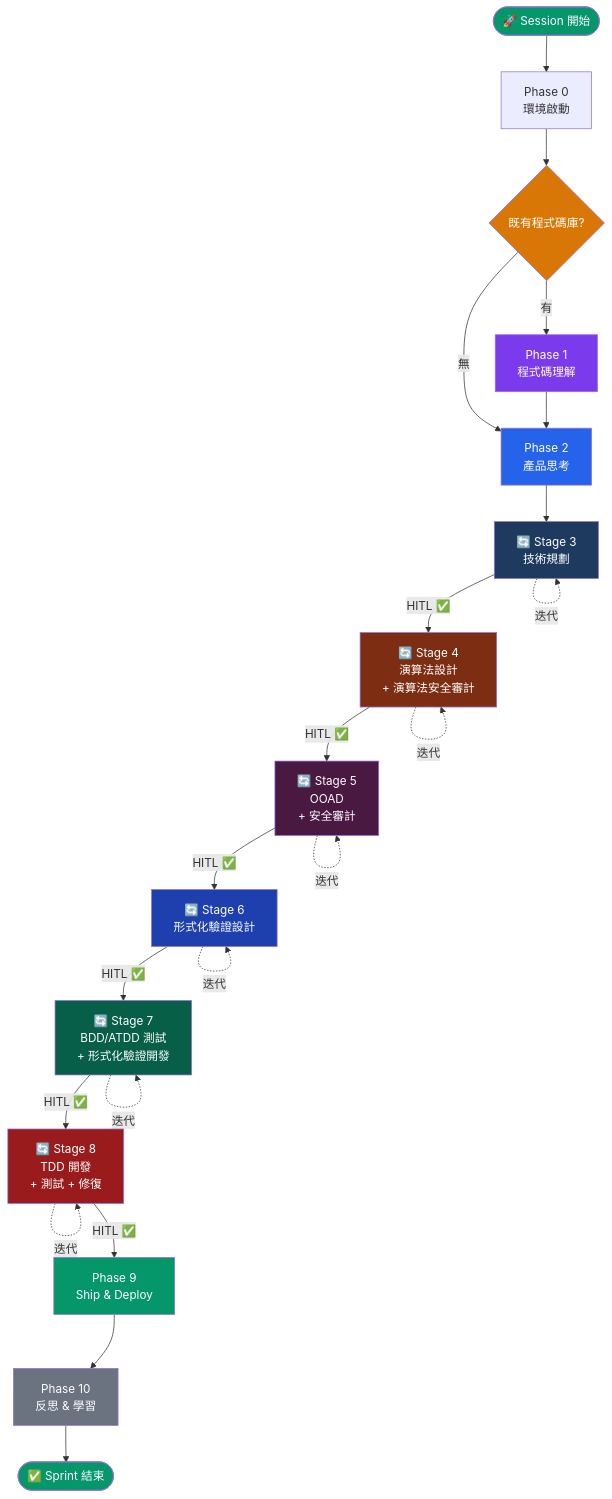
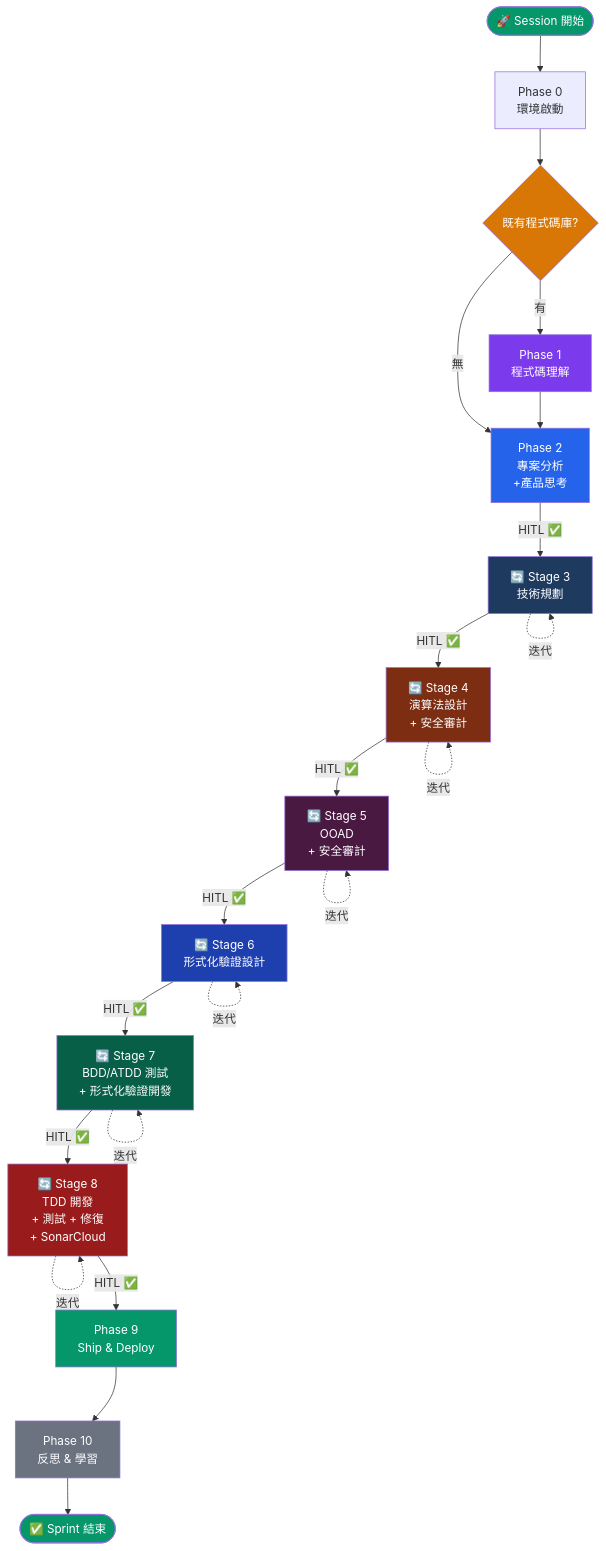
The diagram in WORKFLOW.md (chris85618/ai-coding-workflow), drawn with Mermaid before and after one commit. The commit also changed other lines of this file and 45 other files, not shown here.

````diff
--- a/WORKFLOW.md
+++ b/WORKFLOW.md
@@ -17,40 +23,40 @@
 ```mermaid
 flowchart TD
     START(["🚀 Session 開始"]) --> P0["Phase 0<br/>環境啟動"]
     P0 --> GATE0{"既有程式碼庫?"}
-    GATE0 -->|"無"| P2["Phase 2<br/>產品思考"]
+    GATE0 -->|"無"| P2["Phase 2<br/>專案分析<br/>+產品思考"]
     GATE0 -->|"有"| P1["Phase 1<br/>程式碼理解"]
     P1 --> P2
 
-    P2 --> S3["🔄 Stage 3<br/>技術規劃"]
-    S3 -->|"HITL ✅"| S4["🔄 Stage 4<br/>演算法設計<br/>+ 演算法安全審計"]
+    P2 -->|"HITL ✅"| S3["🔄 Stage 3<br/>技術規劃"]
+    S3 -->|"HITL ✅"| S4["🔄 Stage 4<br/>演算法設計<br/>+ 安全審計"]
     S4 -->|"HITL ✅"| S5["🔄 Stage 5<br/>OOAD<br/>+ 安全審計"]
     S5 -->|"HITL ✅"| S6["🔄 Stage 6<br/>形式化驗證設計"]
     S6 -->|"HITL ✅"| S7["🔄 Stage 7<br/>BDD/ATDD 測試<br/>+ 形式化驗證開發"]
-    S7 -->|"HITL ✅"| S8["🔄 Stage 8<br/>TDD 開發<br/>+ 測試 + 修復"]
+    S7 -->|"HITL ✅"| S8["🔄 Stage 8<br/>TDD 開發<br/>+ 測試 + 修復<br/>+ SonarCloud"]
 
     S3 -.->|"迭代"| S3
     S4 -.->|"迭代"| S4
     S5 -.->|"迭代"| S5
     S6 -.->|"迭代"| S6
     S7 -.->|"迭代"| S7
     S8 -.->|"迭代"| S8
 
     S8 -->|"HITL ✅"| P9["Phase 9<br/>Ship & Deploy"]
     P9 --> P10["Phase 10<br/>反思 & 學習"]
     P10 --> END(["✅ Sprint 結束"])
 
     style START fill:#059669,color:#fff
     style END fill:#059669,color:#fff
     style GATE0 fill:#D97706,color:#fff
     style P1 fill:#7C3AED,color:#fff
     style P2 fill:#2563EB,color:#fff
     style S3 fill:#1E3A5F,color:#fff
     style S4 fill:#7C2D12,color:#fff
     style S5 fill:#4A1942,color:#fff
     style S6 fill:#1E40AF,color:#fff
     style S7 fill:#065F46,color:#fff
     style S8 fill:#991B1B,color:#fff
     style P9 fill:#059669,color:#fff
     style P10 fill:#6B7280,color:#fff
 ```
````
